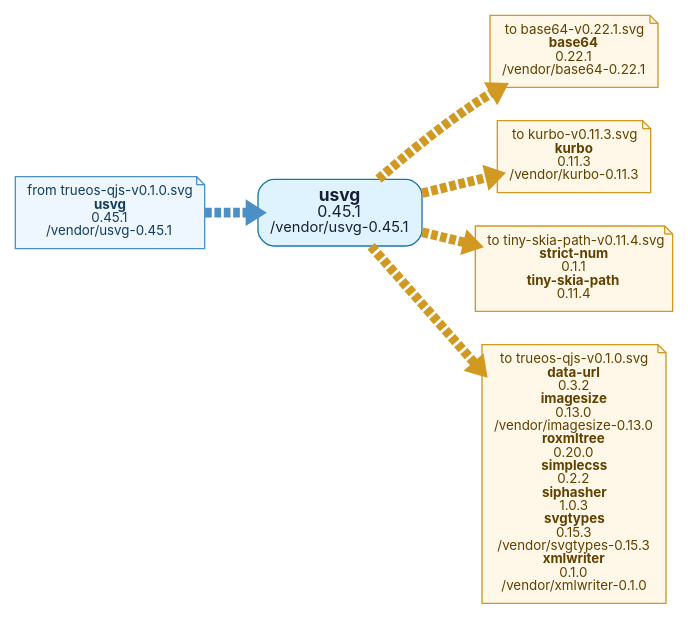
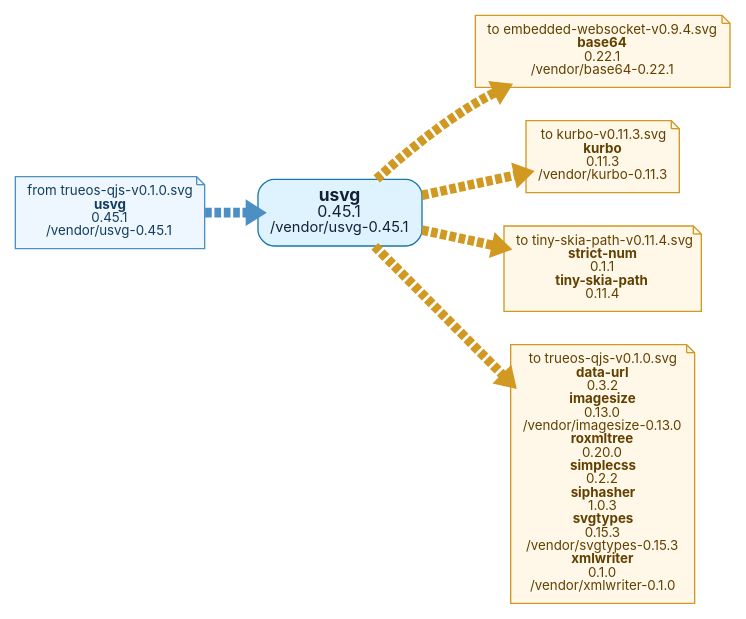
Before and after one commit to t4ce/TRUEOS: the diagram in tools/depgraph/by-root/usvg-v0.45.1.dot, drawn with Graphviz. The commit also changed 64 other files, not shown here.

```diff
--- a/tools/depgraph/by-root/usvg-v0.45.1.dot
+++ b/tools/depgraph/by-root/usvg-v0.45.1.dot
@@ -1,19 +1,19 @@
 digraph "usvg-v0.45.1" {
   graph [rankdir=LR, bgcolor="white", overlap=false, splines=true, nodesep=0.35, ranksep=0.55];
   node [shape=box, style="rounded,filled", fontname="Inter,Arial", fontsize=10, margin="0.13,0.10", color="#8b9bb0", fillcolor="#f7f9fb", fontcolor="#172033"];
   edge [color="#9aa8b8", arrowsize=0.55, penwidth=7.2];
   n0 [label=<<FONT POINT-SIZE="13"><B>usvg</B></FONT><BR/><FONT POINT-SIZE="12">0.45.1</FONT><BR/><FONT POINT-SIZE="11">/vendor/usvg-0.45.1</FONT>>, fillcolor="#dff3ff", color="#1b78a6"];
-  out0 [label=<to base64-v0.22.1.svg<BR/><B>base64</B><BR/>0.22.1<BR/>/vendor/base64-0.22.1>, shape=note, style="filled", fillcolor="#fff8e8", color="#d19922", fontcolor="#614000"];
+  out0 [label=<to embedded-websocket-v0.9.4.svg<BR/><B>base64</B><BR/>0.22.1<BR/>/vendor/base64-0.22.1>, shape=note, style="filled", fillcolor="#fff8e8", color="#d19922", fontcolor="#614000"];
   n0 -> out0 [style=dashed, color="#d19922"];
   out1 [label=<to kurbo-v0.11.3.svg<BR/><B>kurbo</B><BR/>0.11.3<BR/>/vendor/kurbo-0.11.3>, shape=note, style="filled", fillcolor="#fff8e8", color="#d19922", fontcolor="#614000"];
   n0 -> out1 [style=dashed, color="#d19922"];
   out2 [label=<to tiny-skia-path-v0.11.4.svg<BR/><B>strict-num</B><BR/>0.1.1<BR/><B>tiny-skia-path</B><BR/>0.11.4>, shape=note, style="filled", fillcolor="#fff8e8", color="#d19922", fontcolor="#614000"];
   n0 -> out2 [style=dashed, color="#d19922"];
   out3 [label=<to trueos-qjs-v0.1.0.svg<BR/><B>data-url</B><BR/>0.3.2<BR/><B>imagesize</B><BR/>0.13.0<BR/>/vendor/imagesize-0.13.0<BR/><B>roxmltree</B><BR/>0.20.0<BR/><B>simplecss</B><BR/>0.2.2<BR/><B>siphasher</B><BR/>1.0.3<BR/><B>svgtypes</B><BR/>0.15.3<BR/>/vendor/svgtypes-0.15.3<BR/><B>xmlwriter</B><BR/>0.1.0<BR/>/vendor/xmlwriter-0.1.0>, shape=note, style="filled", fillcolor="#fff8e8", color="#d19922", fontcolor="#614000"];
   n0 -> out3 [style=dashed, color="#d19922"];
   in4 [label=<from trueos-qjs-v0.1.0.svg<BR/><B>usvg</B><BR/>0.45.1<BR/>/vendor/usvg-0.45.1>, shape=note, style="filled", fillcolor="#eef6ff", color="#4b8fc5", fontcolor="#123d5c"];
   in4 -> n0 [style=dashed, color="#4b8fc5"];
   // collapsed leaf ends: 0
   // centered two-input leaves: 0
   // nested two-input leaves: 0
 }
```
